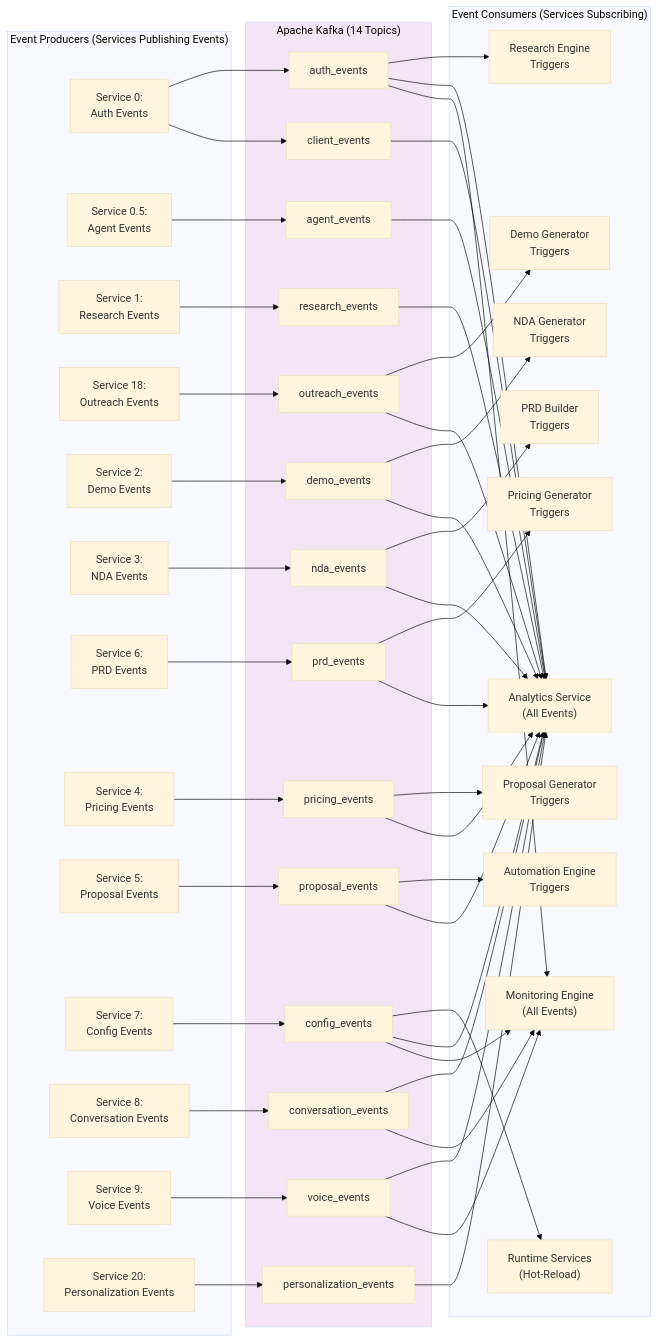
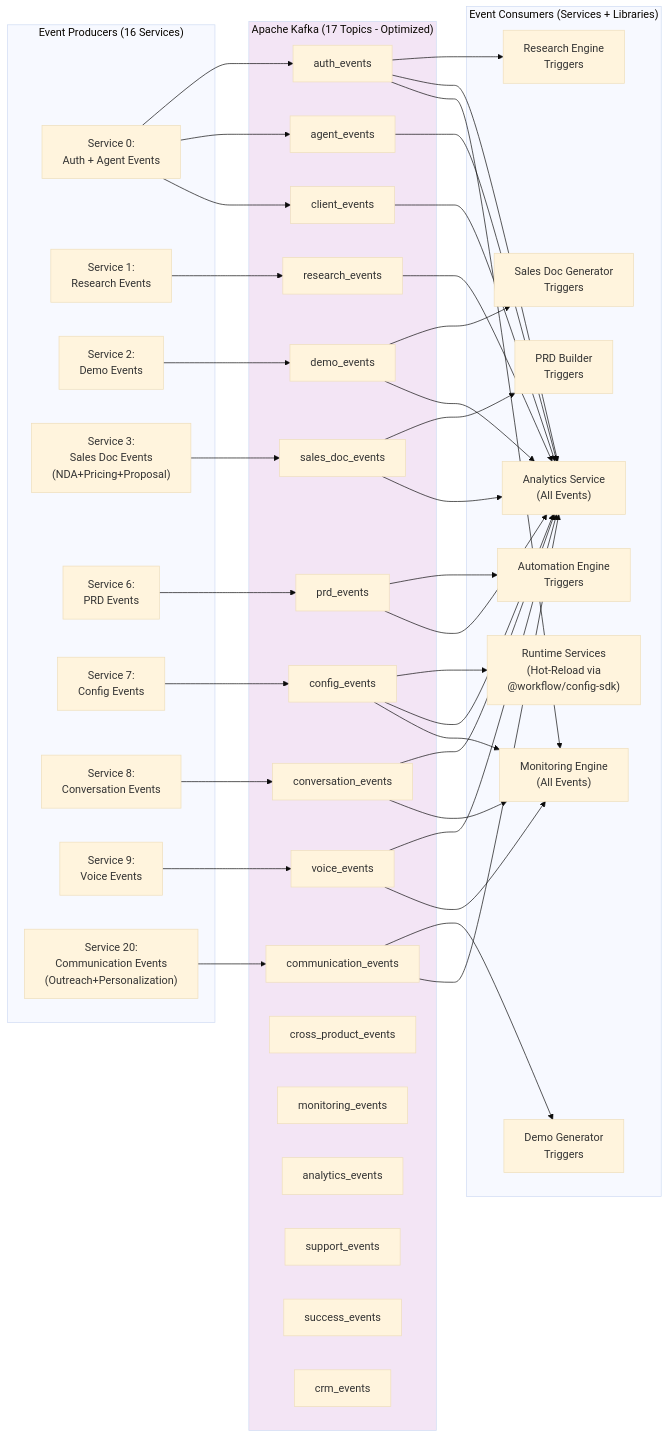
One commit to pupiltree/workflow-automation changed diagram 12 of 13 in docs/workflows/WORKFLOW_DIAGRAMS.md. Above: the diagram before and after it, drawn with Mermaid (base theme). The commit also changed other lines of this file and 1 other file, not shown here.

````diff
--- a/docs/workflows/WORKFLOW_DIAGRAMS.md
+++ b/docs/workflows/WORKFLOW_DIAGRAMS.md
@@ -583,73 +579,65 @@
 ```mermaid
 flowchart LR
-    subgraph Producers["Event Producers (Services Publishing Events)"]
-        S0["Service 0:<br/>Auth Events"]
-        S0_5["Service 0.5:<br/>Agent Events"]
+    subgraph Producers["Event Producers (16 Services)"]
+        S0["Service 0:<br/>Auth + Agent Events"]
         S1["Service 1:<br/>Research Events"]
-        S18["Service 18:<br/>Outreach Events"]
         S2["Service 2:<br/>Demo Events"]
-        S3["Service 3:<br/>NDA Events"]
+        S3["Service 3:<br/>Sales Doc Events<br/>(NDA+Pricing+Proposal)"]
         S6["Service 6:<br/>PRD Events"]
-        S4["Service 4:<br/>Pricing Events"]
-        S5["Service 5:<br/>Proposal Events"]
         S7["Service 7:<br/>Config Events"]
         S8["Service 8:<br/>Conversation Events"]
         S9["Service 9:<br/>Voice Events"]
-        S20["Service 20:<br/>Personalization Events"]
+        S20["Service 20:<br/>Communication Events<br/>(Outreach+Personalization)"]
     end
 
-    subgraph Kafka["Apache Kafka (14 Topics)"]
+    subgraph Kafka["Apache Kafka (17 Topics - Optimized)"]
         T1["auth_events"]
         T2["agent_events"]
         T3["research_events"]
-        T4["outreach_events"]
+        T4["communication_events"]
         T5["client_events"]
         T6["demo_events"]
-        T7["nda_events"]
+        T7["sales_doc_events"]
         T8["prd_events"]
-        T9["pricing_events"]
-        T10["proposal_events"]
         T11["config_events"]
         T12["conversation_events"]
         T13["voice_events"]
-        T14["personalization_events"]
+        T14["cross_product_events"]
+        T15["monitoring_events"]
+        T16["analytics_events"]
+        T17["support_events"]
+        T18["success_events"]
+        T19["crm_events"]
     end
 
-    subgraph Consumers["Event Consumers (Services Subscribing)"]
+    subgraph Consumers["Event Consumers (Services + Libraries)"]
         C_Research["Research Engine<br/>Triggers"]
         C_Demo["Demo Generator<br/>Triggers"]
-        C_NDA["NDA Generator<br/>Triggers"]
+        C_Sales["Sales Doc Generator<br/>Triggers"]
         C_PRD["PRD Builder<br/>Triggers"]
-        C_Pricing["Pricing Generator<br/>Triggers"]
-        C_Proposal["Proposal Generator<br/>Triggers"]
         C_Auto["Automation Engine<br/>Triggers"]
-        C_Runtime["Runtime Services<br/>(Hot-Reload)"]
+        C_Runtime["Runtime Services<br/>(Hot-Reload via<br/>@workflow/config-sdk)"]
         C_Analytics["Analytics Service<br/>(All Events)"]
         C_Monitor["Monitoring Engine<br/>(All Events)"]
     end
 
     S0 --> T1
+    S0 --> T2
     S0 --> T5
-    S0_5 --> T2
     S1 --> T3
-    S18 --> T4
     S2 --> T6
     S3 --> T7
     S6 --> T8
-    S4 --> T9
-    S5 --> T10
     S7 --> T11
     S8 --> T12
     S9 --> T13
-    S20 --> T14
+    S20 --> T4
 
     T1 --> C_Research
     T4 --> C_Demo
-    T6 --> C_NDA
+    T6 --> C_Sales
     T7 --> C_PRD
-    T8 --> C_Pricing
-    T9 --> C_Proposal
-    T10 --> C_Auto
+    T8 --> C_Auto
     T11 --> C_Runtime
 
     T1 --> C_Analytics
@@ -660,12 +648,9 @@
     T6 --> C_Analytics
     T7 --> C_Analytics
     T8 --> C_Analytics
-    T9 --> C_Analytics
-    T10 --> C_Analytics
     T11 --> C_Analytics
     T12 --> C_Analytics
     T13 --> C_Analytics
-    T14 --> C_Analytics
 
     T1 --> C_Monitor
     T11 --> C_Monitor
````
